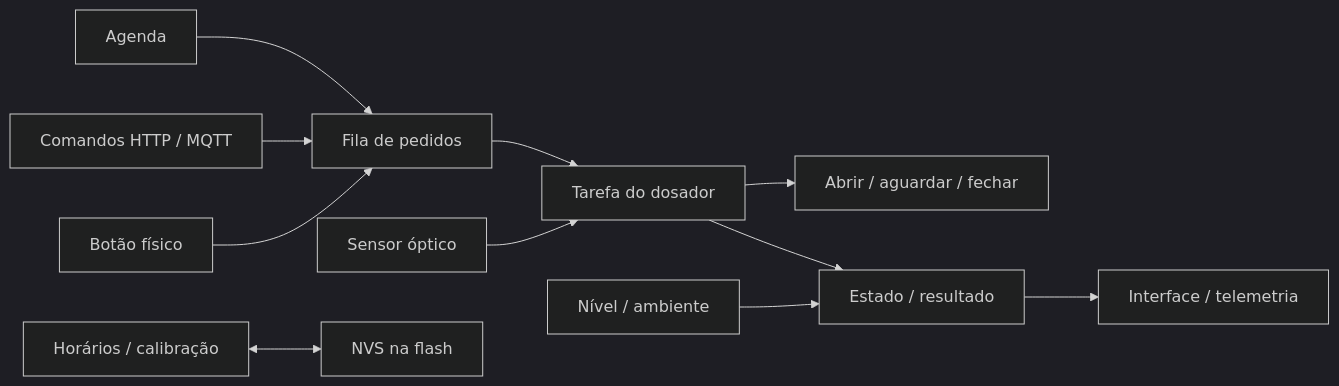
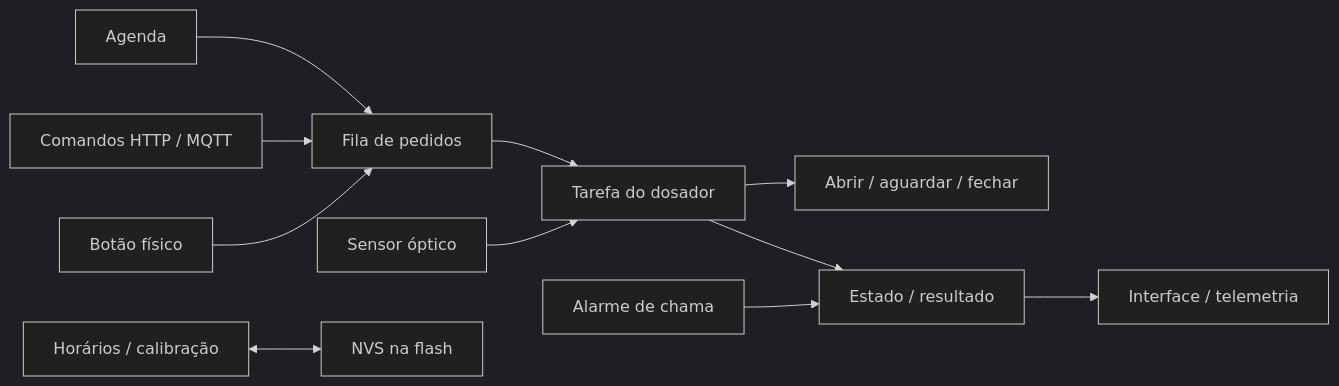
Before and after one commit to arthurlleite/lulu-alimentador: the second of 2 diagrams in petlibro-air/proposta.md, drawn with Mermaid (dark theme). The commit also changed other lines of this file and 4 other files, not shown here.

````diff
--- a/petlibro-air/proposta.md
+++ b/petlibro-air/proposta.md
@@ -62,13 +76,13 @@
 ```mermaid
 flowchart LR
     AGENDA["Agenda"] --> FILA["Fila de pedidos"]
     APP["Comandos HTTP / MQTT"] --> FILA
     BOTAO["Botão físico"] --> FILA
     FILA --> DOSADOR["Tarefa do dosador"]
     DOSADOR --> SERVO["Abrir / aguardar / fechar"]
     SAIDA["Sensor óptico"] --> DOSADOR
     DOSADOR --> ESTADO["Estado / resultado"]
-    SENSORES["Nível / ambiente"] --> ESTADO
+    CHAMA["Alarme de chama"] --> ESTADO
     ESTADO --> UI["Interface / telemetria"]
     CONFIG["Horários / calibração"] <--> NVS["NVS na flash"]
 ```
````
